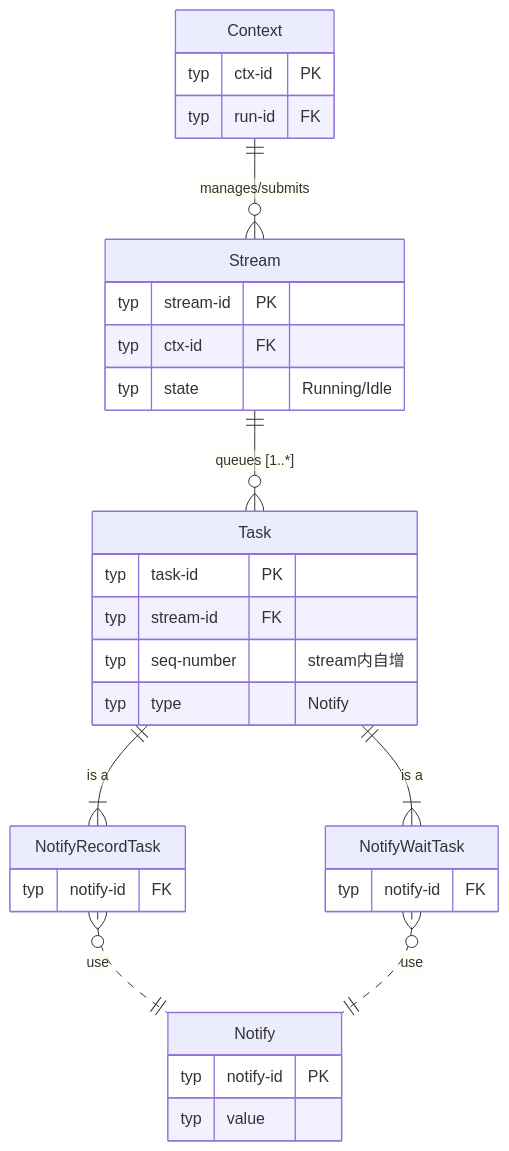
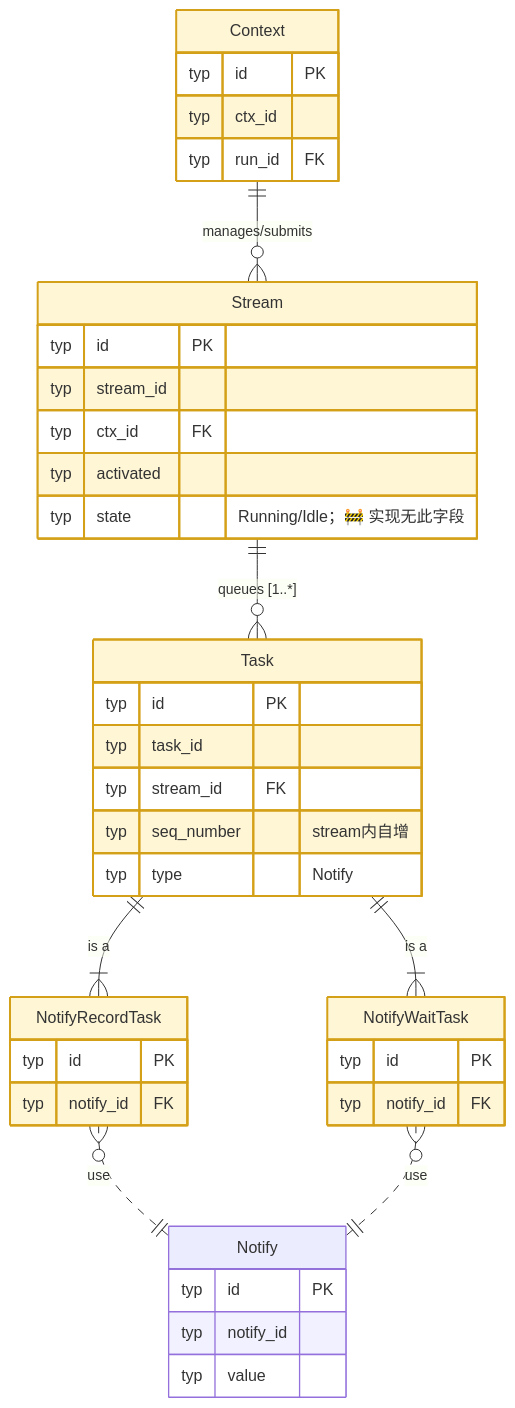
Before and after one commit to Fengfengst123/hcomm-mirror: the ninth of 19 diagrams in test/hccl_vm/docs/simulator_runner_data_model.md, drawn with Mermaid. The commit also changed other lines of this file and 701 other files, not shown here.

````diff
--- a/test/hccl_vm/docs/simulator_runner_data_model.md
+++ b/test/hccl_vm/docs/simulator_runner_data_model.md
@@ -636,44 +796,57 @@
 ```mermaid
 erDiagram
     Context {
-        typ ctx-id PK
-        typ run-id FK
+        typ id PK
+        typ ctx_id
+        typ run_id FK
     }
 
     Stream {
-        typ stream-id PK
-        typ ctx-id FK
-        typ state "Running/Idle"
+        typ id PK
+        typ stream_id
+        typ ctx_id FK
+        typ activated
+        typ state "Running/Idle；🚧 实现无此字段"
     }
+    %% 实现无 state 字段；运行态由 activated/capture_status/task_complete_status 表达
 
     %% Stream 包含有序的任务列表
     Context ||--o{ Stream : "manages/submits"
     Stream ||--o{ Task : "queues [1..*]"
 
     Task {
-        typ task-id PK
-        typ stream-id FK
-        typ seq-number "stream内自增"
+        typ id PK
+        typ task_id
+        typ stream_id FK
+        typ seq_number "stream内自增"
         typ type "Notify"
     }
 
     %% 各种具体的 Task 类型 (逻辑上的继承关系)
     NotifyRecordTask {
-        typ notify-id  FK
+        typ id PK
+        typ notify_id FK
 
     }
 
     NotifyWaitTask {
-        typ notify-id FK
+        typ id PK
+        typ notify_id FK
     }
 
     NotifyRecordTask }o..|| Notify : "use"
     NotifyWaitTask }o..|| Notify : "use"
     Notify {
-        typ notify-id  PK
+        typ id PK
+        typ notify_id
         typ value
     }
     %% 继承关系的逻辑表达 (Task 分为多种)
+    %% 🧠 可进程私有：Context / Stream / Task（仅 src/proxy 访问）
+    %% NotifyRecordTask/NotifyWaitTask 由 Task.type 判别（实现只建 Task 表）
     Task ||--|{ NotifyRecordTask : "is a"
     Task ||--|{ NotifyWaitTask : "is a"
+
+    classDef inproc fill:#fff6d6,stroke:#d4a017,stroke-width:2px
+    class Context,Stream,Task,NotifyRecordTask,NotifyWaitTask inproc
 ```
````
